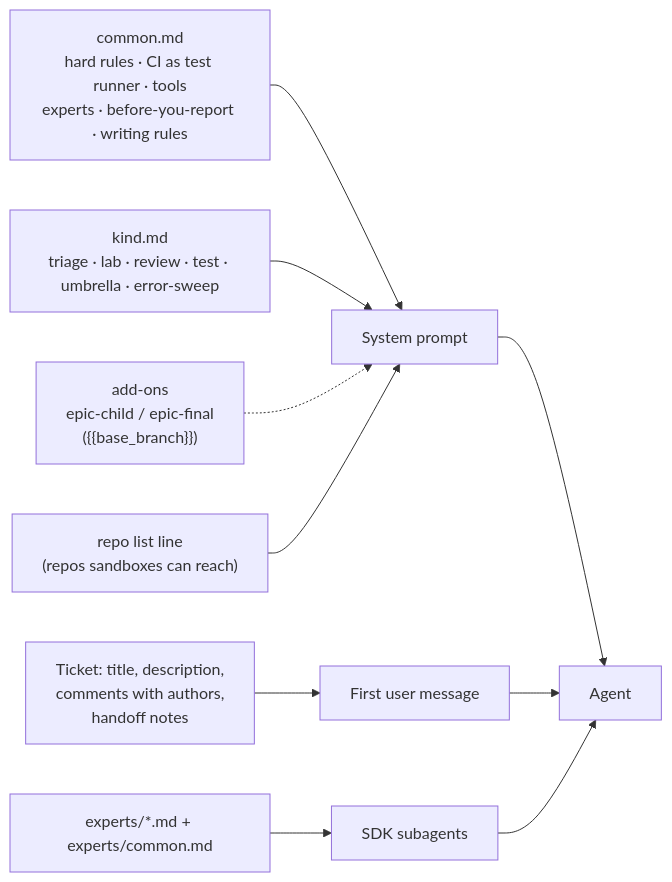
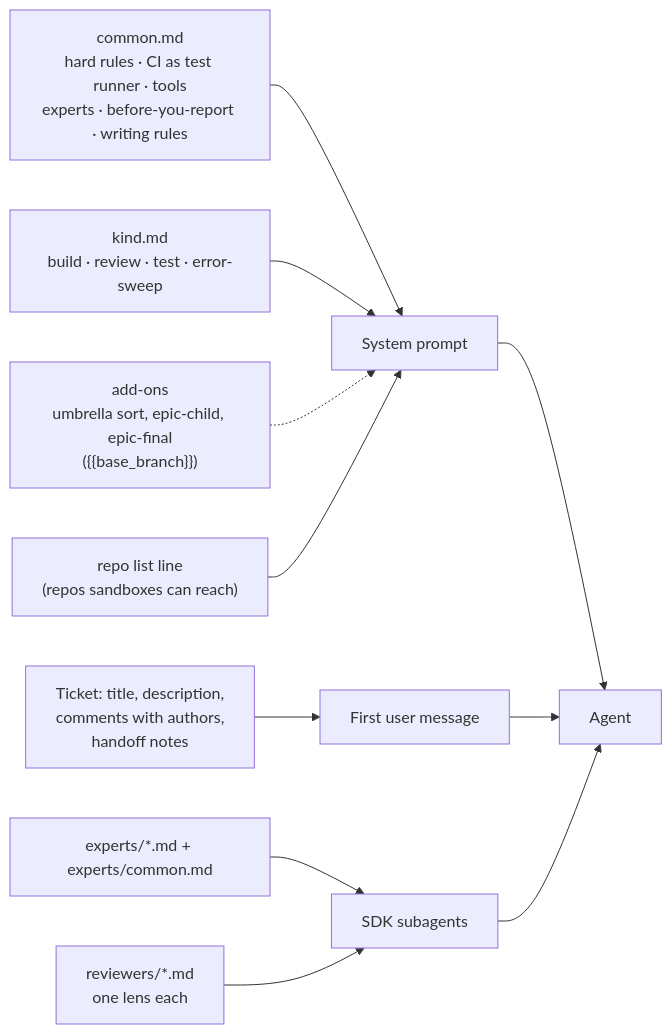
The first of 2 diagrams in docs/06-agent-tools-and-prompts.md (alairock/agent-console-spec), drawn with Mermaid before and after one commit. The commit also changed other lines of this file and 16 other files, not shown here.

First line of the commit message:
Describe the pipeline as the design: one build job per ticket

````diff
--- a/docs/06-agent-tools-and-prompts.md
+++ b/docs/06-agent-tools-and-prompts.md
@@ -101,10 +107,11 @@
 ```mermaid
 flowchart LR
   C[common.md<br/>hard rules · CI as test runner · tools<br/>experts · before-you-report · writing rules] --> SYS
-  K[kind.md<br/>triage · lab · review · test · umbrella · error-sweep] --> SYS
-  A["add-ons<br/>epic-child / epic-final<br/>({{base_branch}})"] -.-> SYS
+  K[kind.md<br/>build · review · test · error-sweep] --> SYS
+  A["add-ons<br/>umbrella sort, epic-child, epic-final<br/>({{base_branch}})"] -.-> SYS
   R["repo list line<br/>(repos sandboxes can reach)"] --> SYS
   SYS[System prompt] --> AG[Agent]
   T[Ticket: title, description,<br/>comments with authors,<br/>handoff notes] --> FM[First user message] --> AG
   E[experts/*.md + experts/common.md] --> SUB[SDK subagents] --> AG
+  RV[reviewers/*.md<br/>one lens each] --> SUB
 ```
````
